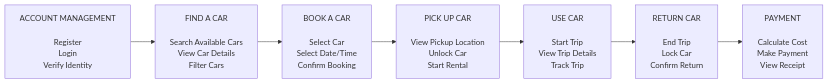
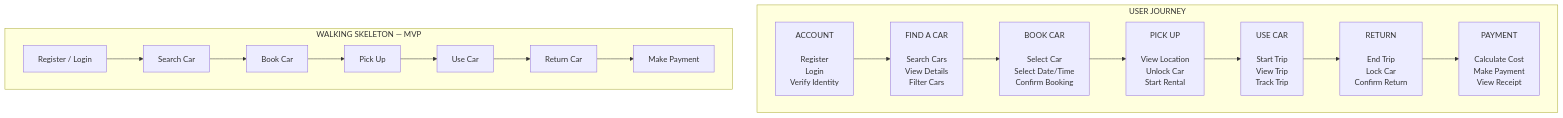
The diagram in README.md (aarondampare/LAB-02-Car-share-Store-Map), drawn with Mermaid before and after one commit. The commit also changed other lines of this file, not shown here.

First line of the commit message:
Revise README for user journey and MVP features

````diff
--- a/README.md
+++ b/README.md
@@ -6,19 +2,31 @@
 ```mermaid
-flowchart LR
+flowchart TB
 
-    A["ACCOUNT MANAGEMENT<br/><br/>Register<br/>Login<br/>Verify Identity"]
+    subgraph JOURNEY["USER JOURNEY"]
+        direction LR
 
-    B["FIND A CAR<br/><br/>Search Available Cars<br/>View Car Details<br/>Filter Cars"]
+        A["ACCOUNT<br/><br/>Register<br/>Login<br/>Verify Identity"]
+        B["FIND A CAR<br/><br/>Search Cars<br/>View Details<br/>Filter Cars"]
+        C["BOOK CAR<br/><br/>Select Car<br/>Select Date/Time<br/>Confirm Booking"]
+        D["PICK UP<br/><br/>View Location<br/>Unlock Car<br/>Start Rental"]
+        E["USE CAR<br/><br/>Start Trip<br/>View Trip<br/>Track Trip"]
+        F["RETURN<br/><br/>End Trip<br/>Lock Car<br/>Confirm Return"]
+        G["PAYMENT<br/><br/>Calculate Cost<br/>Make Payment<br/>View Receipt"]
 
-    C["BOOK A CAR<br/><br/>Select Car<br/>Select Date/Time<br/>Confirm Booking"]
+        A --> B --> C --> D --> E --> F --> G
+    end
 
-    D["PICK UP CAR<br/><br/>View Pickup Location<br/>Unlock Car<br/>Start Rental"]
+    subgraph MVP["WALKING SKELETON — MVP"]
+        direction LR
 
-    E["USE CAR<br/><br/>Start Trip<br/>View Trip Details<br/>Track Trip"]
+        M1["Register / Login"]
+        M2["Search Car"]
+        M3["Book Car"]
+        M4["Pick Up"]
+        M5["Use Car"]
+        M6["Return Car"]
+        M7["Make Payment"]
 
-    F["RETURN CAR<br/><br/>End Trip<br/>Lock Car<br/>Confirm Return"]
-
-    G["PAYMENT<br/><br/>Calculate Cost<br/>Make Payment<br/>View Receipt"]
-
-    A --> B --> C --> D --> E --> F --> G
+        M1 --> M2 --> M3 --> M4 --> M5 --> M6 --> M7
+    end
 ```
````
